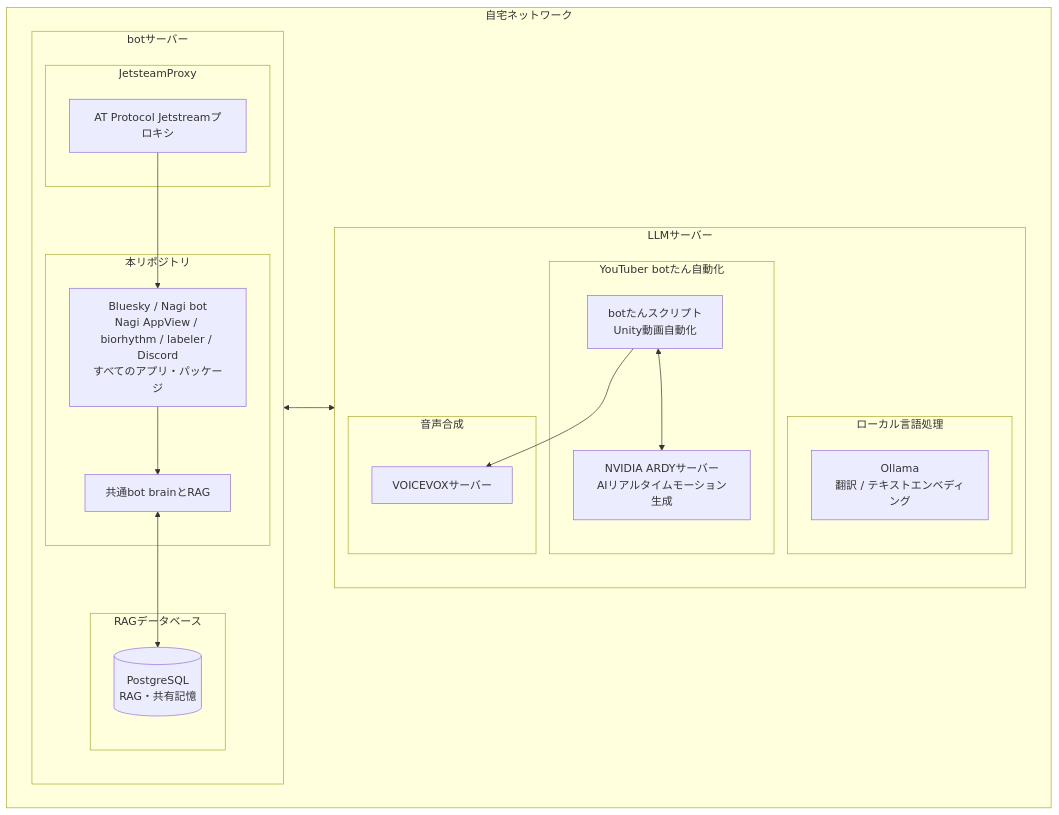
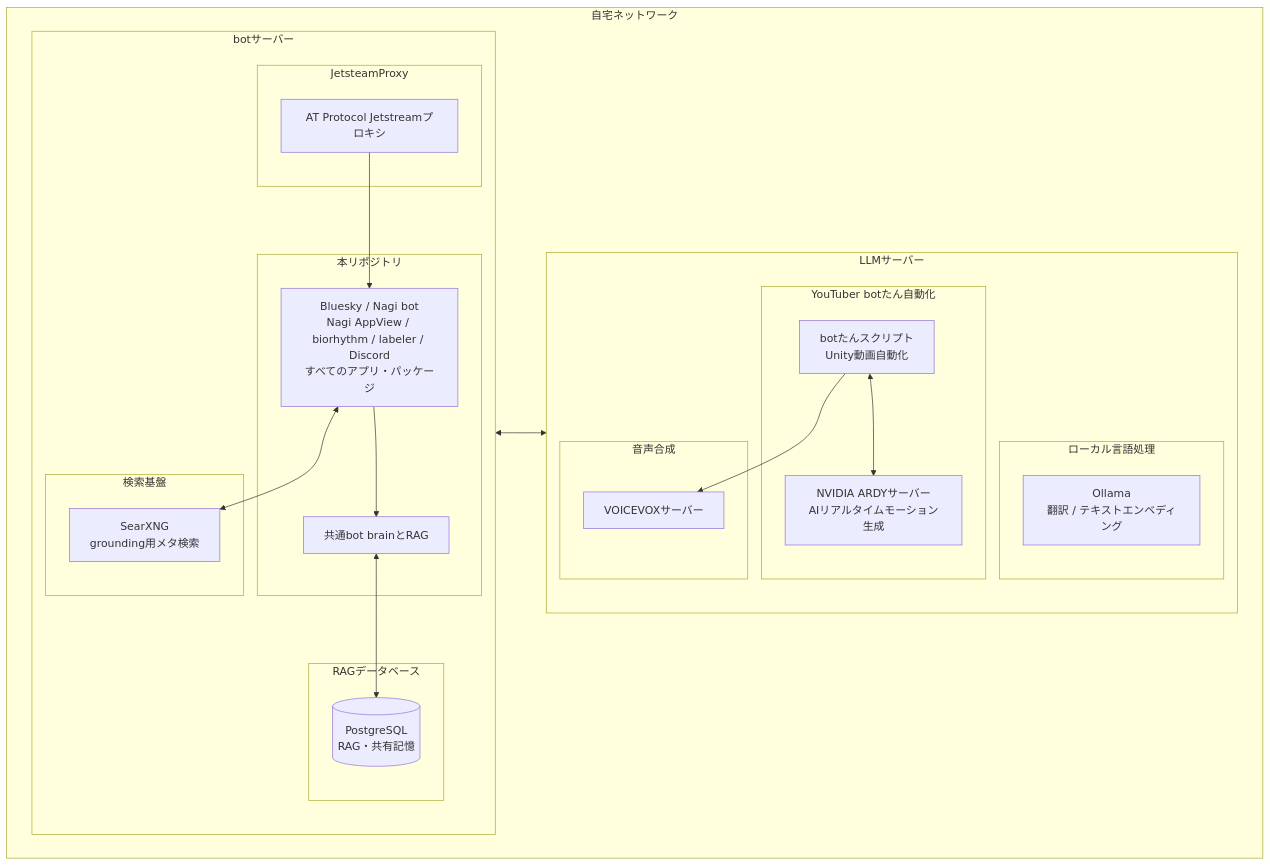
Before and after one commit to suibari/bot-tan-core: the first of 2 diagrams in README_ja.md, drawn with Mermaid. The commit also changed other lines of this file and 3 other files, not shown here.

````diff
--- a/README_ja.md
+++ b/README_ja.md
@@ -134,47 +155,52 @@
 ```mermaid
 flowchart TB
   subgraph home[自宅ネットワーク]
     direction LR
 
     subgraph botHost[botサーバー]
       direction TB
 
       subgraph jetstreamStack[JetsteamProxy]
         jetsteamProxy[AT Protocol Jetstreamプロキシ]
       end
 
       subgraph repositoryStack[本リポジトリ]
         repoApps["Bluesky / Nagi bot<br/>Nagi AppView / biorhythm / labeler / Discord<br/>すべてのアプリ・パッケージ"]
         brain[共通bot brainとRAG]
       end
 
       subgraph databaseStack[RAGデータベース]
         memory[(PostgreSQL<br/>RAG・共有記憶)]
+      end
+
+      subgraph searchStack[検索基盤]
+        searxng["SearXNG<br/>grounding用メタ検索"]
       end
     end
 
     subgraph llmHost[LLMサーバー]
       direction TB
 
       subgraph ollamaStack[ローカル言語処理]
         ollama["Ollama<br/>翻訳 / テキストエンベディング"]
       end
 
       subgraph youtubeStack[YouTuber botたん自動化]
         youtubeScripts["botたんスクリプト<br/>Unity動画自動化"]
         ardy["NVIDIA ARDYサーバー<br/>AIリアルタイムモーション生成"]
       end
 
       subgraph voiceStack[音声合成]
         voicevox[VOICEVOXサーバー]
       end
     end
   end
 
   jetsteamProxy --> repoApps
   repoApps --> brain
   brain <--> memory
   repoApps <--> ollama
+  repoApps <--> searxng
   youtubeScripts --> voicevox
   youtubeScripts <--> ardy
 ```
````
